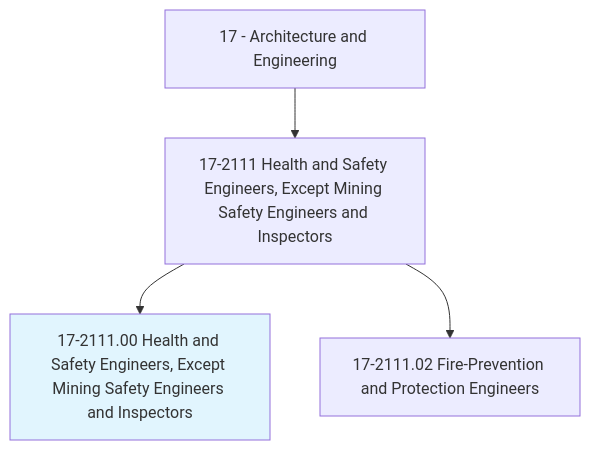
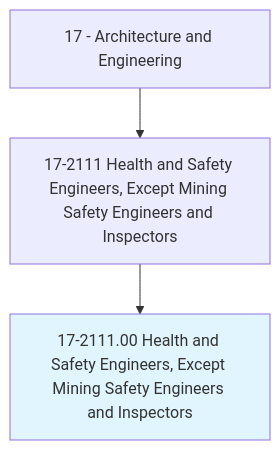
The first of 4 diagrams in occupations/Architecture/HealthAndSafetyEngineersExceptMiningSafetyEngineersAndInspectors.mdx (kziemski/business.org.ai), drawn with Mermaid before and after one commit. The commit also changed other lines of this file and 938 other files, not shown here.

````diff
--- a/occupations/Architecture/HealthAndSafetyEngineersExceptMiningSafetyEngineersAndInspectors.mdx
+++ b/occupations/Architecture/HealthAndSafetyEngineersExceptMiningSafetyEngineersAndInspectors.mdx
@@ -19,7 +23,6 @@
 ```mermaid
 graph TD
     Cat17["17 - Architecture and Engineering"] --> Group172111["17-2111 Health and Safety Engineers, Except Mining Safety Engineers and Inspectors"]
     Group172111 --> Current["17-2111.00 Health and Safety Engineers, Except Mining Safety Engineers and Inspectors"]
     style Current fill:#e1f5fe
-    Group172111 --> V17211102["17-2111.02 Fire-Prevention and Protection Engineers"]
 ```
````
